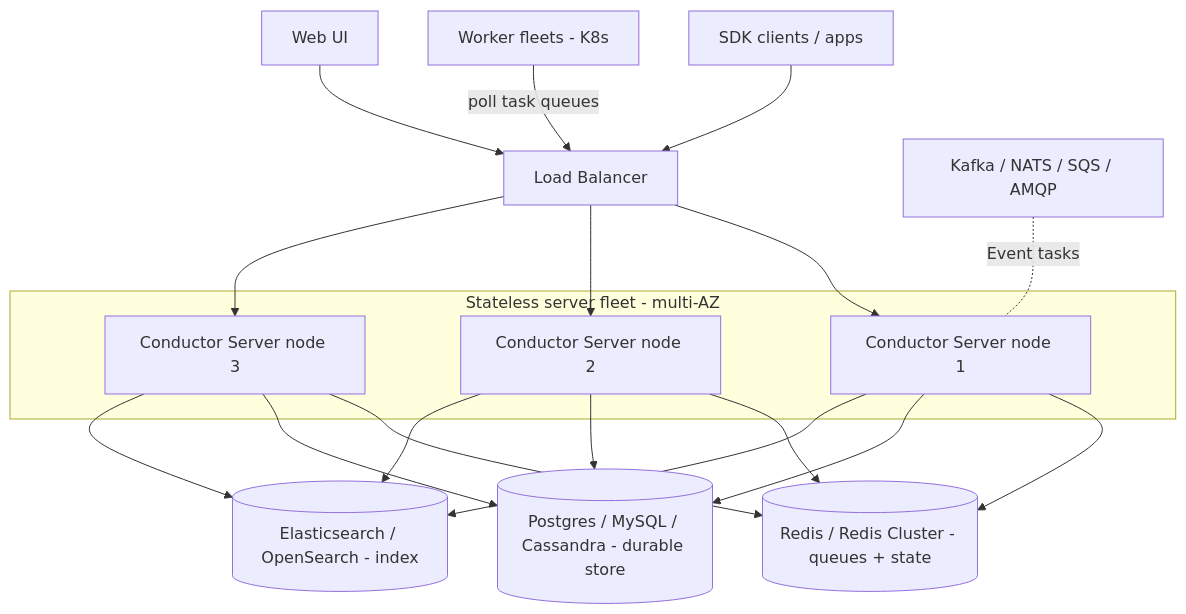
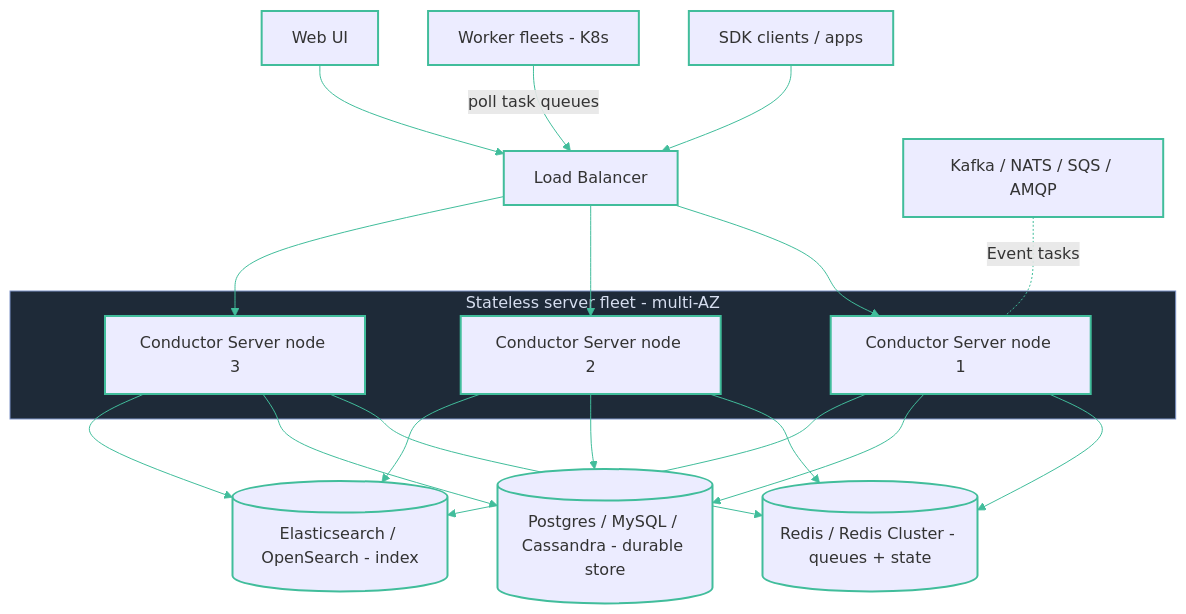
Before and after one commit to diagrid-labs/durable-execution-battle: the diagram in slides/03-hosting-production/04-prod-conductor.md, drawn with Mermaid. The commit also changed 51 other files, not shown here.

````diff
--- a/slides/03-hosting-production/04-prod-conductor.md
+++ b/slides/03-hosting-production/04-prod-conductor.md
@@ -10,24 +10,27 @@
 ```mermaid
 graph TD
   Clients[SDK clients / apps] --> LB[Load Balancer]
   WorkerFleet[Worker fleets - K8s] -->|poll task queues| LB
   UI[Web UI] --> LB
   subgraph ServerCluster[Stateless server fleet - multi-AZ]
     S1[Conductor Server node 1]
     S2[Conductor Server node 2]
     S3[Conductor Server node 3]
   end
   LB --> S1
   LB --> S2
   LB --> S3
   S1 --> Redis[(Redis / Redis Cluster - queues + state)]
   S2 --> Redis
   S3 --> Redis
   S1 --> RDB[(Postgres / MySQL / Cassandra - durable store)]
   S2 --> RDB
   S3 --> RDB
   S1 --> ES[(Elasticsearch / OpenSearch - index)]
   S2 --> ES
   S3 --> ES
   Brokers[Kafka / NATS / SQS / AMQP] -. Event tasks .- S1
+  classDef default stroke:#41bd9b,stroke-width:2px
+  linkStyle default stroke:#41bd9b,stroke-width:1px
+  style ServerCluster fill:#1e2a38,stroke:#7c93c7,stroke-width:1px,color:#d6def0
 ```
````
